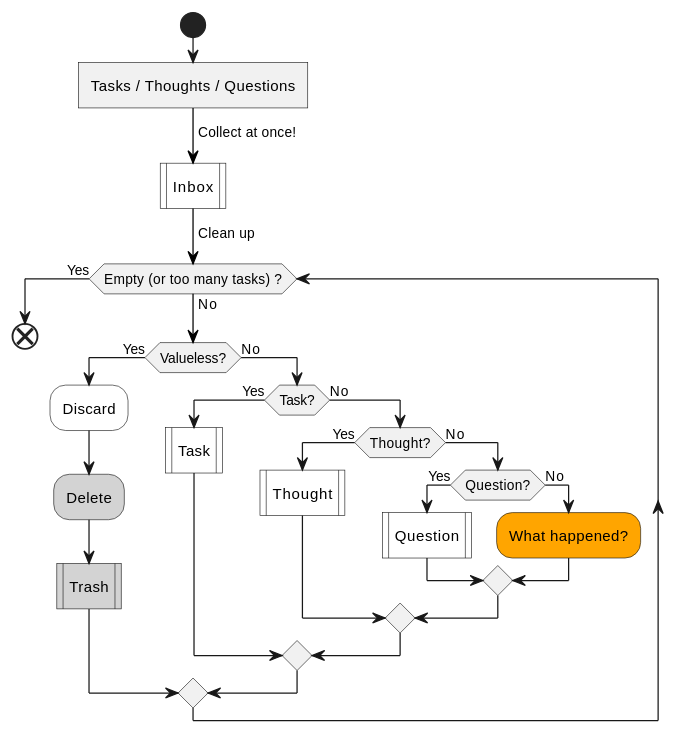
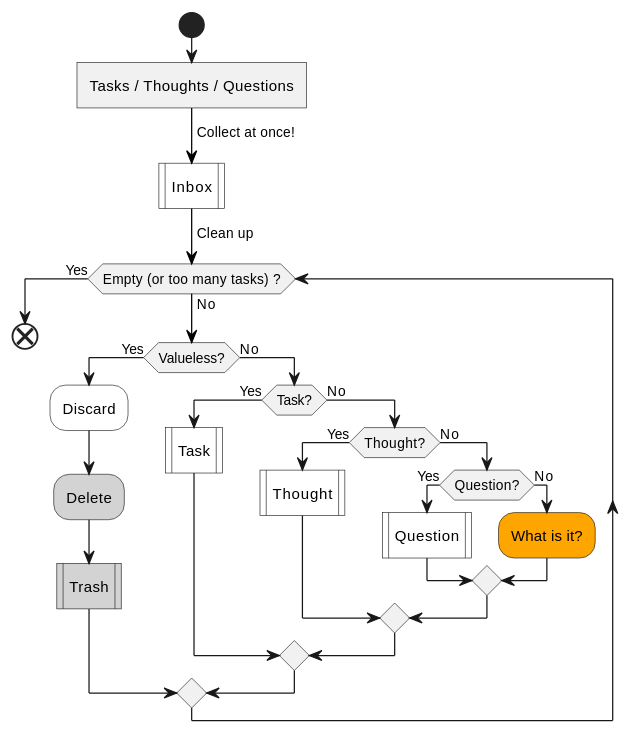
Before and after one commit to IceHe/icehe-lib: the first of 4 diagrams in lifelogs/rehabilitation.md, drawn with PlantUML. The commit also changed other lines of this file, not shown here.

````diff
--- a/lifelogs/rehabilitation.md
+++ b/lifelogs/rehabilitation.md
@@ -191,31 +189,31 @@
 ```plantuml
 @startuml
 start
 :Tasks / Thoughts / Questions]
 -[#black]-> Collect at once!;
 #white:Inbox|
 -[#black]-> Clean up;
 while (Empty (or too many tasks) ?) is (No)
     if (Valueless?) then (Yes)
         #white:Discard;
         #lightGray:Delete;
         #lightGray:Trash|
     else (No)
         if (Task?) then (Yes)
             #white:Task|
         else (No)
             if (Thought?) then (Yes)
                 #white:Thought|
             else (No)
                 if (Question?) then (Yes)
                     #white:Question|
                 else (No)
-                    #orange:What happened?;
+                    #orange:What is it?;
                 endif
             endif
         endif
     endif
 endwhile (Yes)
 end
 @enduml
 ```
````
